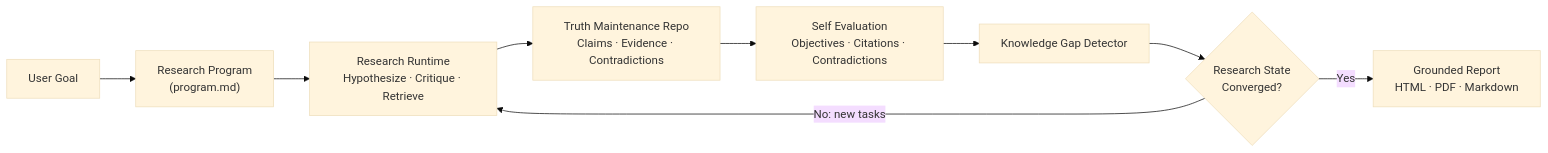
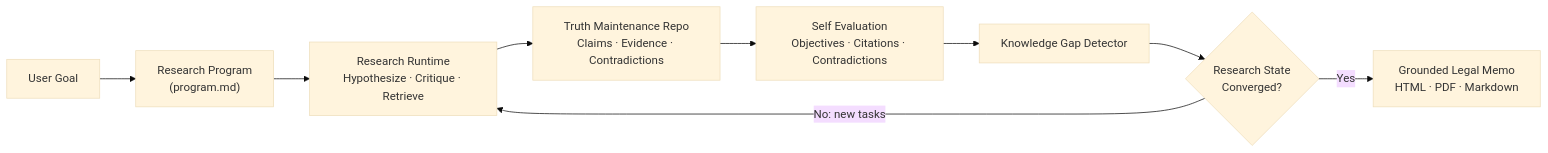
The first of 2 diagrams in README.md (karthikeyaparunandi/legal-autoresearch-os), drawn with Mermaid (base theme) before and after one commit. The commit also changed other lines of this file and 12 other files, not shown here.

````diff
--- a/README.md
+++ b/README.md
@@ -116,11 +116,11 @@
 ```mermaid
 flowchart LR
     goal["User Goal"] --> program["Research Program<br/>(program.md)"]
     program --> runtime["Research Runtime<br/>Hypothesize · Critique · Retrieve"]
     runtime --> truth["Truth Maintenance Repo<br/>Claims · Evidence · Contradictions"]
     truth --> eval["Self Evaluation<br/>Objectives · Citations · Contradictions"]
     eval --> gaps["Knowledge Gap Detector"]
     gaps --> converged{"Research State<br/>Converged?"}
     converged -- "No: new tasks" --> runtime
-    converged -- "Yes" --> report["Grounded Report<br/>HTML · PDF · Markdown"]
+    converged -- "Yes" --> report["Grounded Legal Memo<br/>HTML · PDF · Markdown"]
 ```
````
